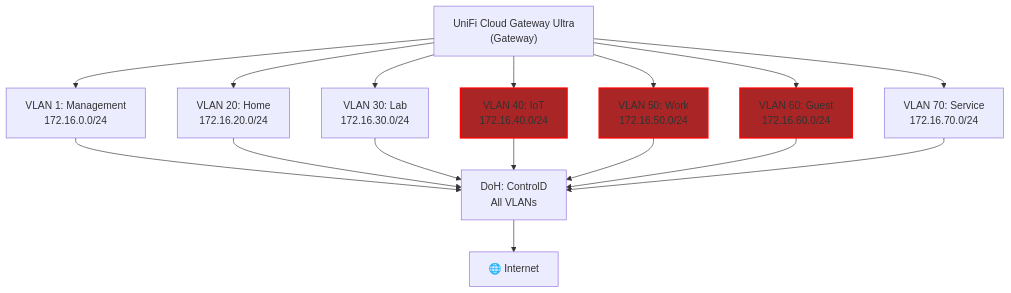
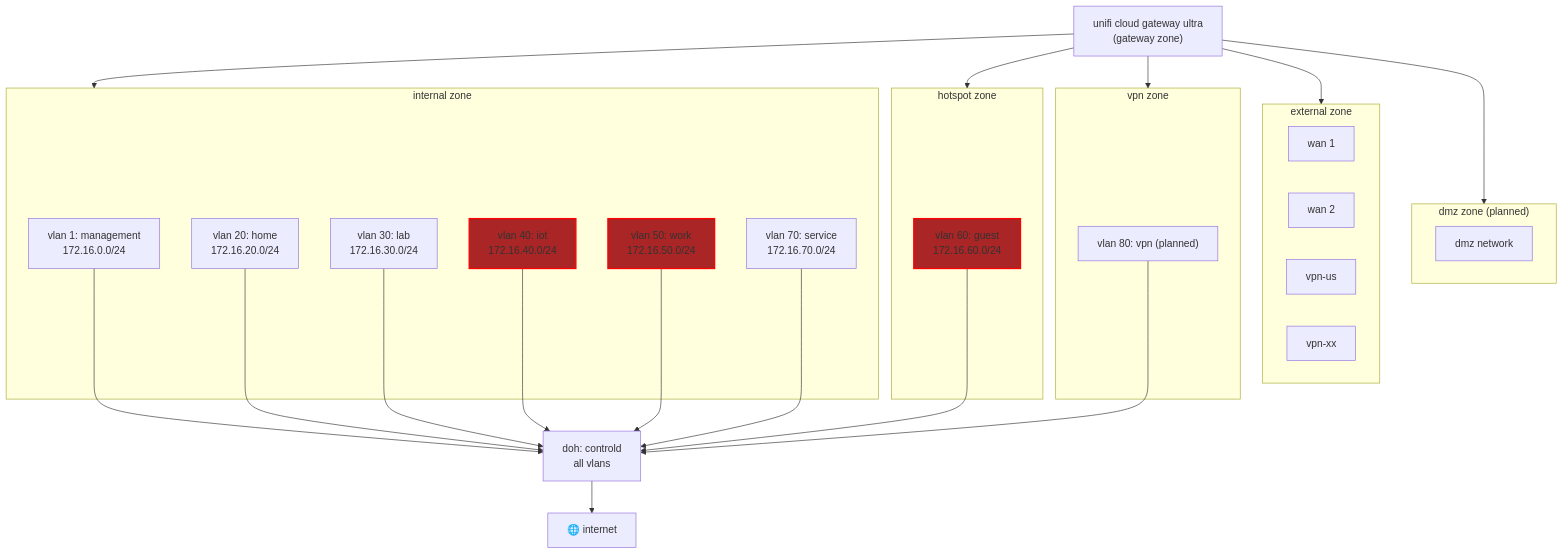
One commit to iamnande/homelab changed the second of 2 diagrams in README.md. Above: the diagram before and after it, drawn with Mermaid. The commit also changed other lines of this file, not shown here.

Commit message:
feat(*): zone love

````diff
--- a/README.md
+++ b/README.md
@@ -88,41 +163,64 @@
 ```mermaid
 graph TD
 
-%% --- Core Gateway ---
-    Gateway["UniFi Cloud Gateway Ultra<br/>(Gateway)"]
+    %% --- core gateway ---
+    gateway["unifi cloud gateway ultra<br/>(gateway zone)"]
 
-%% --- VLAN Subnets ---
-    VLAN1["VLAN 1: Management<br/>172.16.0.0/24"]
-    VLAN20["VLAN 20: Home<br/>172.16.20.0/24"]
-    VLAN30["VLAN 30: Lab<br/>172.16.30.0/24"]
-    VLAN40["VLAN 40: IoT<br/>172.16.40.0/24"]
-    VLAN50["VLAN 50: Work<br/>172.16.50.0/24"]
-    VLAN60["VLAN 60: Guest<br/>172.16.60.0/24"]
-    VLAN70["VLAN 70: Service<br/>172.16.70.0/24"]
+    %% --- internal zone ---
+    subgraph internal["internal zone"]
+        vlan_1["vlan 1: management<br/>172.16.0.0/24"]
+        vlan_20["vlan 20: home<br/>172.16.20.0/24"]
+        vlan_30["vlan 30: lab<br/>172.16.30.0/24"]
+        vlan_40["vlan 40: iot<br/>172.16.40.0/24"]
+        vlan_50["vlan 50: work<br/>172.16.50.0/24"]
+        vlan_70["vlan 70: service<br/>172.16.70.0/24"]
+    end
 
-%% --- Gateway Connections ---
-    Gateway --> VLAN1
-    Gateway --> VLAN20
-    Gateway --> VLAN30
-    Gateway --> VLAN40
-    Gateway --> VLAN50
-    Gateway --> VLAN60
-    Gateway --> VLAN70
+    %% --- hotspot zone ---
+    subgraph hotspot["hotspot zone"]
+        vlan_60["vlan 60: guest<br/>172.16.60.0/24"]
+    end
 
-%% --- Internet / DNS ---
-    Internet["🌐 Internet"]
-    DoH["DoH: ControlD<br/>All VLANs"]
+    %% --- vpn zone ---
+    subgraph vpn["vpn zone"]
+        vlan_80["vlan 80: vpn (planned)"]
+    end
 
-    VLAN1 --> DoH
-    VLAN20 --> DoH
-    VLAN30 --> DoH
-    VLAN40 --> DoH
-    VLAN50 --> DoH
-    VLAN60 --> DoH
-    VLAN70 --> DoH
-    DoH --> Internet
+    %% --- external zone ---
+    subgraph external["external zone"]
+        wan1["wan 1"]
+        wan2["wan 2"]
+        vpn_us["vpn-us"]
+        vpn_xx["vpn-xx"]
+    end
+
+    %% --- dmz zone ---
+    subgraph dmz["dmz zone (planned)"]
+        dmz_net["dmz network"]
+    end
+
+    %% --- gateway connections ---
+    gateway --> internal
+    gateway --> hotspot
+    gateway --> vpn
+    gateway --> external
+    gateway --> dmz
+
+    %% --- internet / dns ---
+    internet["🌐 internet"]
+    doh["doh: controld<br/>all vlans"]
+
+    vlan_1 --> doh
+    vlan_20 --> doh
+    vlan_30 --> doh
+    vlan_40 --> doh
+    vlan_50 --> doh
+    vlan_60 --> doh
+    vlan_70 --> doh
+    vlan_80 --> doh
+    doh --> internet
 
 %% --- Isolation Notes ---
     classDef isolated fill:#AA2525,stroke:#f00,stroke-width:2px;
-    class VLAN40,VLAN50,VLAN60 isolated
+    class vlan_40,vlan_50,vlan_60 isolated
 ```
````
